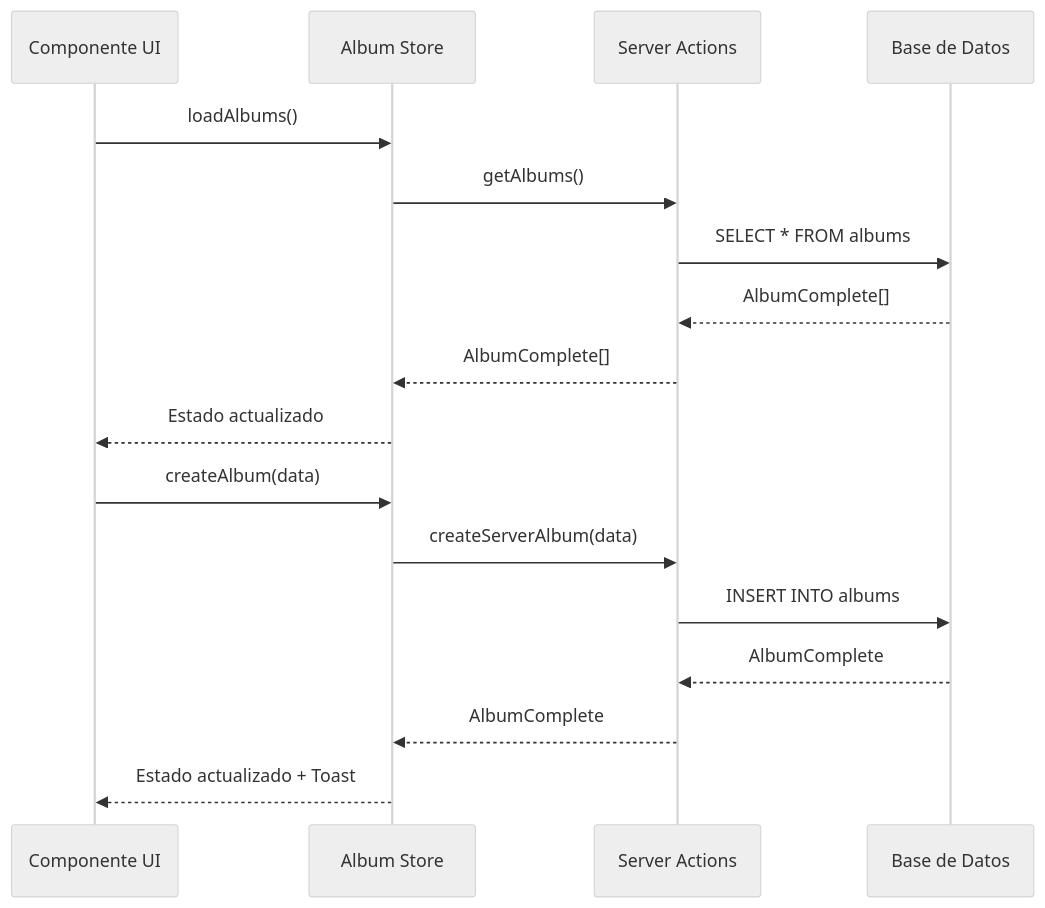
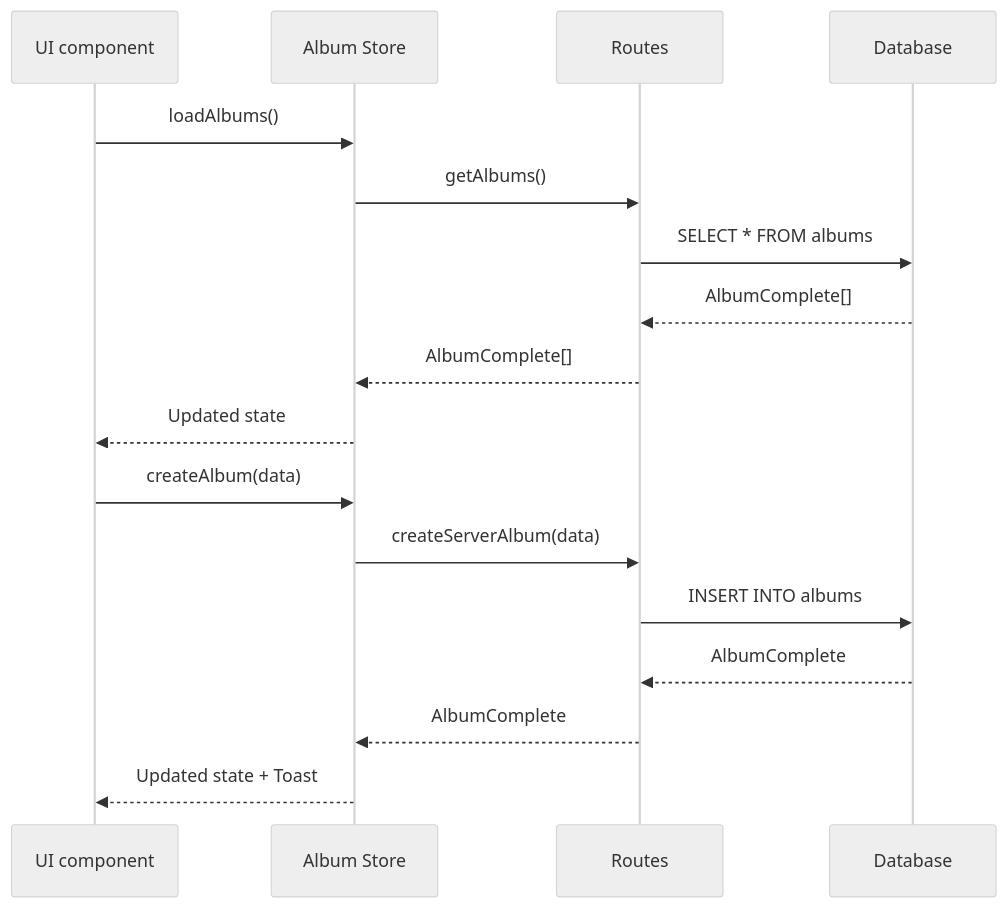
Before and after one commit to gvastethecreator/media-manager: the second of 2 diagrams in src/store/entities/album/README.md, drawn with Mermaid (neutral theme). The commit also changed other lines of this file and 98 other files, not shown here.

Commit message:
docs: initialize comprehensive architectural documentation and component-level README files across the repository.

````diff
--- a/src/store/entities/album/README.md
+++ b/src/store/entities/album/README.md
@@ -112,21 +112,21 @@
 ```mermaid
 sequenceDiagram
-    participant UI as Componente UI
+    participant UI as UI component
     participant Store as Album Store
-    participant API as Server Actions
-    participant DB as Base de Datos
+    participant API as Routes
+    participant DB as Database
 
     UI->>Store: loadAlbums()
     Store->>API: getAlbums()
     API->>DB: SELECT * FROM albums
     DB-->>API: AlbumComplete[]
     API-->>Store: AlbumComplete[]
-    Store-->>UI: Estado actualizado
+    Store-->>UI: Updated state
 
     UI->>Store: createAlbum(data)
     Store->>API: createServerAlbum(data)
     API->>DB: INSERT INTO albums
     DB-->>API: AlbumComplete
     API-->>Store: AlbumComplete
-    Store-->>UI: Estado actualizado + Toast
+    Store-->>UI: Updated state + Toast
 ```
````
